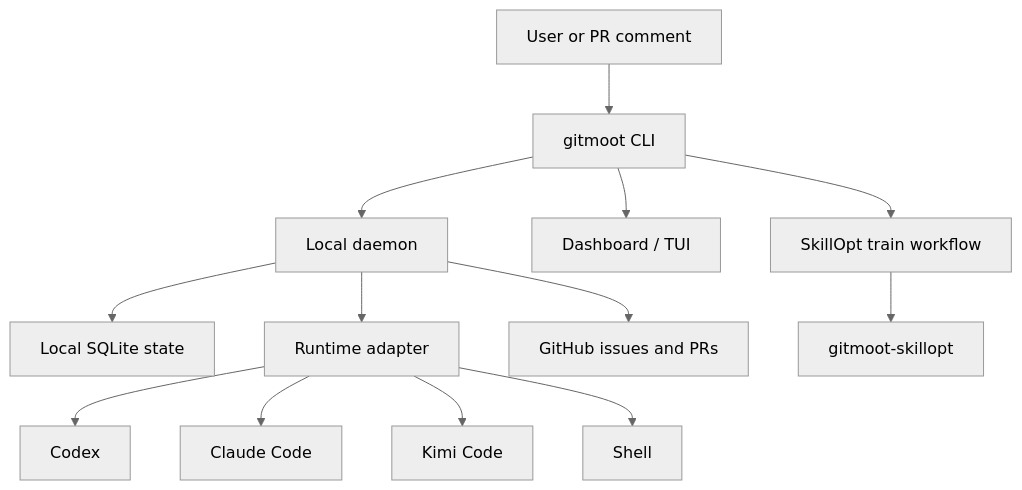
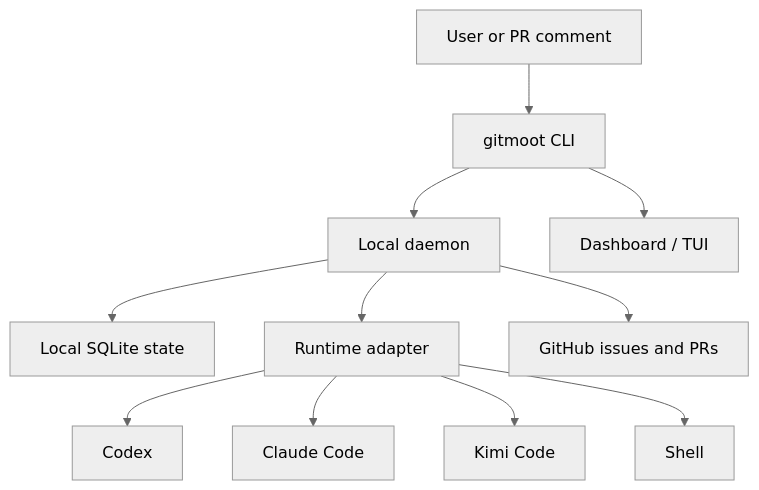
Before and after one commit to gitmoot/gitmoot: the first of 2 diagrams in website/docs/intro.md, drawn with Mermaid (neutral theme). The commit also changed other lines of this file and 281 other files, not shown here.

````diff
--- a/website/docs/intro.md
+++ b/website/docs/intro.md
@@ -42,15 +40,13 @@
 ```mermaid
 flowchart TD
   User[User or PR comment] --> CLI[gitmoot CLI]
   CLI --> Daemon[Local daemon]
   CLI --> Dashboard[Dashboard / TUI]
   Daemon --> DB[Local SQLite state]
   Daemon --> Runtime[Runtime adapter]
   Runtime --> Codex[Codex]
   Runtime --> Claude[Claude Code]
   Runtime --> Kimi[Kimi Code]
   Runtime --> Shell[Shell]
   Daemon --> GitHub[GitHub issues and PRs]
-  CLI --> SkillOpt[SkillOpt train workflow]
-  SkillOpt --> Optimizer[gitmoot-skillopt]
 ```
````
